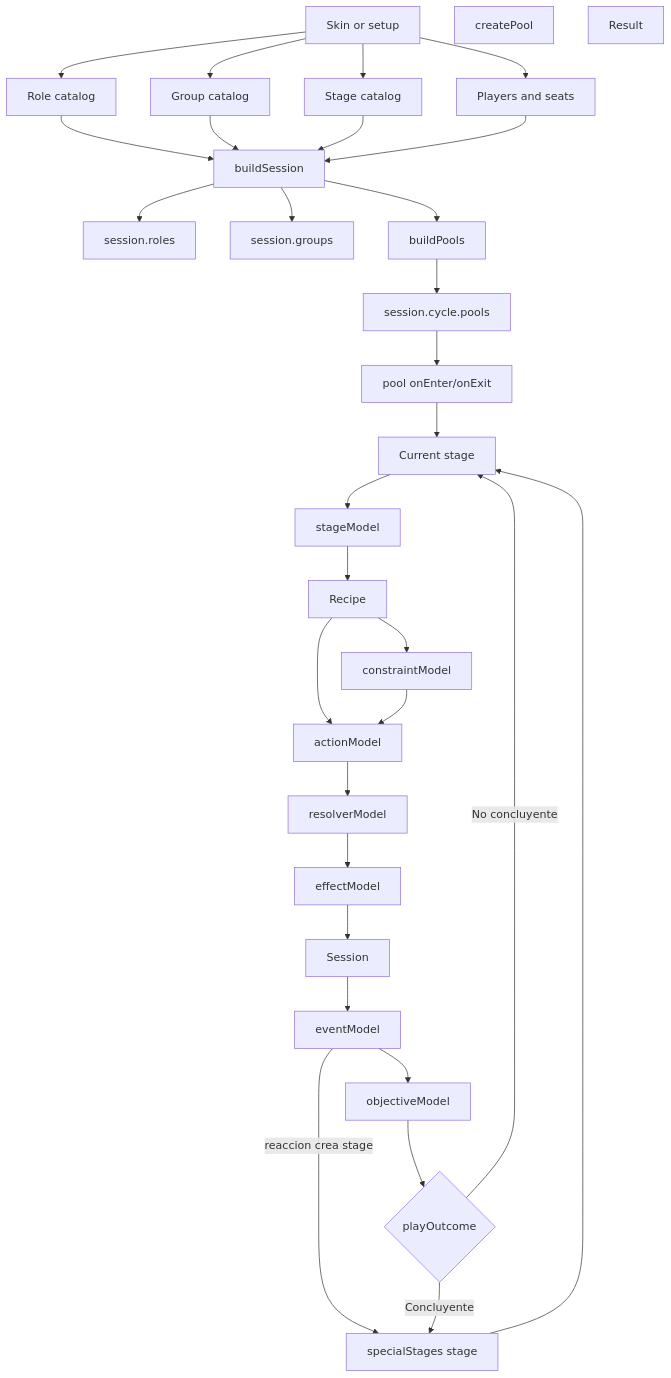
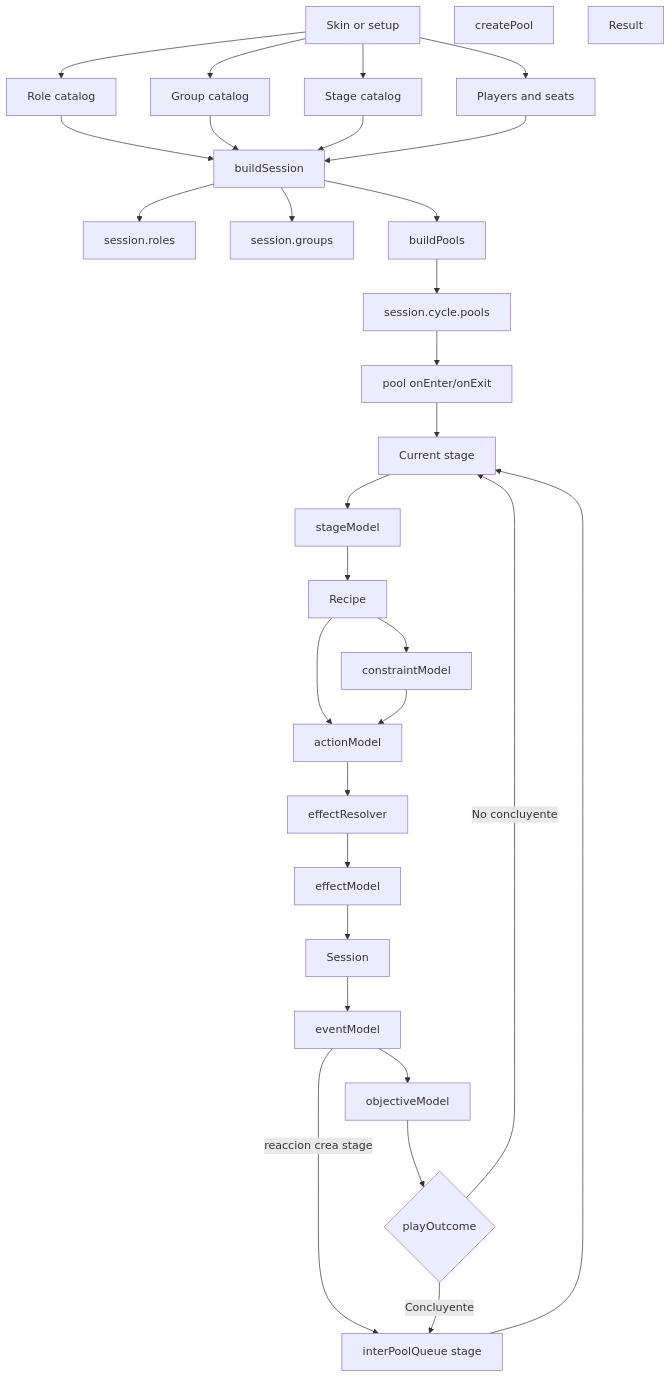
One commit to juanramonmorandeira/castronegro-director changed the first of 14 diagrams in docs/engine_flow_map.md. Above: the diagram before and after it, drawn with Mermaid. The commit also changed other lines of this file and 53 other files, not shown here.

Commit message:
Refine domain inter-pool queue architecture

````diff
--- a/docs/engine_flow_map.md
+++ b/docs/engine_flow_map.md
@@ -14,58 +14,58 @@
 ```mermaid
 flowchart TD
   Skin[Skin or setup]
   RoleCatalog[Role catalog]
   GroupCatalog[Group catalog]
   StageCatalog[Stage catalog]
   Players[Players and seats]
   BuildSession[buildSession]
   RoleStates[session.roles]
   GroupStates[session.groups]
   BuildPools[buildPools]
   CreatePool[createPool]
   CyclePools[session.cycle.pools]
   PoolLifecycle[pool onEnter/onExit]
   CurrentStage[Current stage]
   StageModel[stageModel]
   Recipe[Recipe]
   Constraint[constraintModel]
   Action[actionModel]
-  Resolver[resolverModel]
+  Resolver[effectResolver]
   Effect[effectModel]
   Session[Session]
   Objectives[objectiveModel]
   PlayOutcome{playOutcome}
   Event[eventModel]
-  SpecialStage[specialStages stage]
+  InterPoolStage[interPoolQueue stage]
   Result[Result]
 
   Skin --> RoleCatalog
   Skin --> GroupCatalog
   Skin --> StageCatalog
   Skin --> Players
   RoleCatalog --> BuildSession
   GroupCatalog --> BuildSession
   StageCatalog --> BuildSession
   Players --> BuildSession
   BuildSession --> RoleStates
   BuildSession --> GroupStates
   BuildSession --> BuildPools
   BuildPools --> CyclePools
   CyclePools --> PoolLifecycle
   PoolLifecycle --> CurrentStage
   CurrentStage --> StageModel
   StageModel --> Recipe
   Recipe --> Constraint
   Recipe --> Action
   Constraint --> Action
   Action --> Resolver
   Resolver --> Effect
   Effect --> Session
   Session --> Event
-  Event -->|reaccion crea stage| SpecialStage
-  SpecialStage --> CurrentStage
+  Event -->|reaccion crea stage| InterPoolStage
+  InterPoolStage --> CurrentStage
   Event --> Objectives
   Objectives --> PlayOutcome
   PlayOutcome -->|No concluyente| CurrentStage
-  PlayOutcome -->|Concluyente| SpecialStage
+  PlayOutcome -->|Concluyente| InterPoolStage
 ```
````
